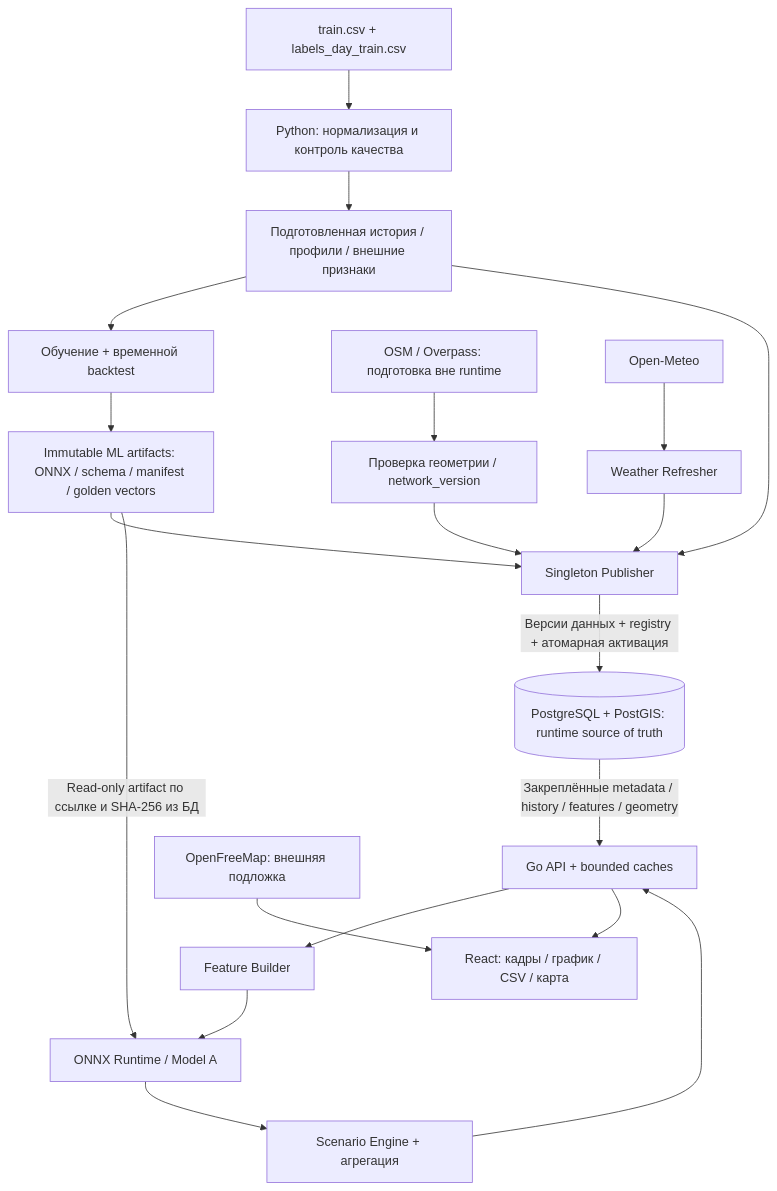
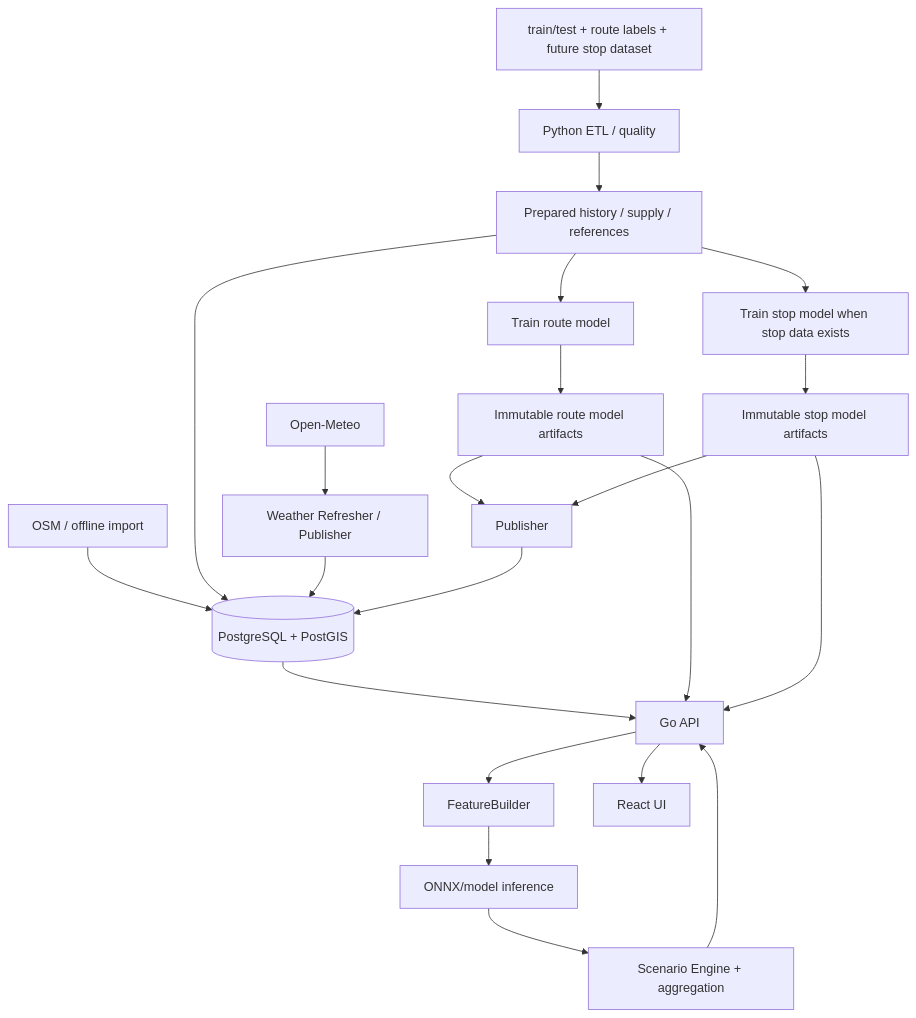
Before and after one commit to At0-m/MT_hack: the diagram in docs/ARCHITECTURE.md, drawn with Mermaid. The commit also changed other lines of this file and 2 other files, not shown here.

````diff
--- a/docs/ARCHITECTURE.md
+++ b/docs/ARCHITECTURE.md
@@ -26,22 +23,26 @@
 ```mermaid
 flowchart TB
-    RAW["train.csv + labels_day_train.csv"] --> ETL["Python: нормализация и контроль качества"]
-    ETL --> PREP["Подготовленная история / профили / внешние признаки"]
-    PREP --> TRAIN["Обучение + временной backtest"]
-    TRAIN --> FILES["Immutable ML artifacts: ONNX / schema / manifest / golden vectors"]
-    PREP --> PUB["Singleton Publisher"]
-    OSM["OSM / Overpass: подготовка вне runtime"] --> GEO["Проверка геометрии / network_version"]
-    GEO --> PUB
-    WEATHER["Open-Meteo"] --> WREF["Weather Refresher"]
-    WREF --> PUB
-    FILES --> PUB
-    PUB -->|"Версии данных + registry + атомарная активация"| DB[("PostgreSQL + PostGIS: runtime source of truth")]
-    DB -->|"Закреплённые metadata / history / features / geometry"| API["Go API + bounded caches"]
-    FILES -->|"Read-only artifact по ссылке и SHA-256 из БД"| ONNX["ONNX Runtime / Model A"]
-    API --> FEATURES["Feature Builder"]
-    FEATURES --> ONNX
-    ONNX --> FORMULA["Scenario Engine + агрегация"]
-    FORMULA --> API
-    API --> UI["React: кадры / график / CSV / карта"]
-    BASEMAP["OpenFreeMap: внешняя подложка"] --> UI
+    RAW[train/test + route labels + future stop dataset] --> ETL[Python ETL / quality]
+    ETL --> PREP[Prepared history / supply / references]
+    PREP --> TRAIN_ROUTE[Train route model]
+    PREP --> TRAIN_STOP[Train stop model when stop data exists]
+    TRAIN_ROUTE --> ROUTE_ART[Immutable route model artifacts]
+    TRAIN_STOP --> STOP_ART[Immutable stop model artifacts]
+
+    OSM[OSM / offline import] --> PG[(PostgreSQL + PostGIS)]
+    PREP --> PG
+    WEATHER[Open-Meteo] --> REFRESH[Weather Refresher / Publisher]
+    REFRESH --> PG
+    ROUTE_ART --> PUB[Publisher]
+    STOP_ART --> PUB
+    PUB --> PG
+
+    PG --> API[Go API]
+    ROUTE_ART --> API
+    STOP_ART --> API
+    API --> FEAT[FeatureBuilder]
+    FEAT --> INFER[ONNX/model inference]
+    INFER --> SCENARIO[Scenario Engine + aggregation]
+    SCENARIO --> API
+    API --> UI[React UI]
 ```
````
